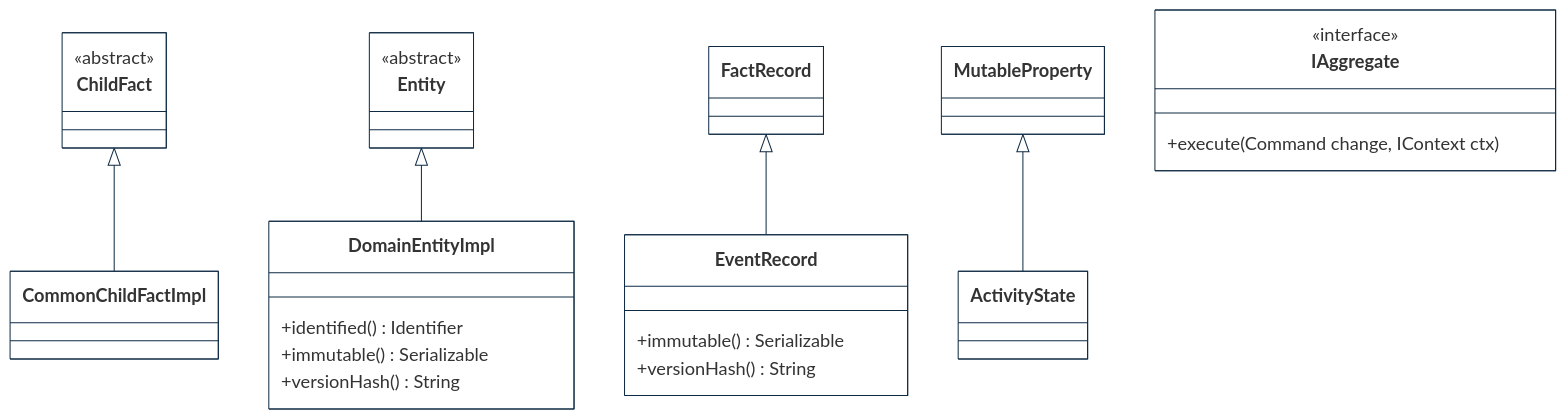
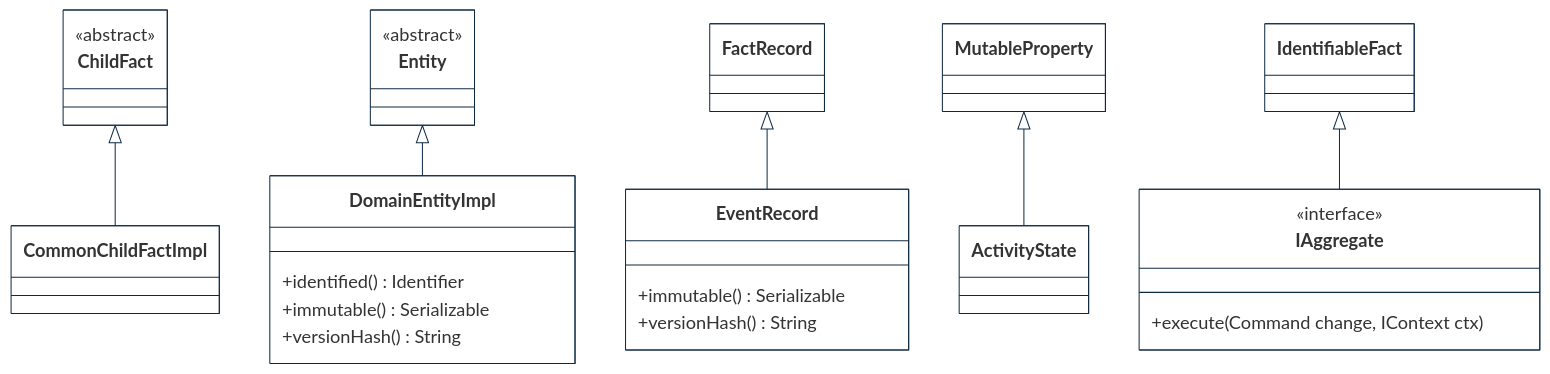
One commit to cybnity/foundation changed the second of 5 diagrams in implementations-line/framework/domain/designview-packages.md. Above: the diagram before and after it, drawn with Mermaid.

````diff
--- a/implementations-line/framework/domain/designview-packages.md
+++ b/implementations-line/framework/domain/designview-packages.md
@@ -56,45 +55,46 @@
 ```mermaid
 %%{
   init: {
     'theme': 'base',
     'themeVariables': {
         'background': '#ffffff',
         'fontFamily': 'arial',
         'fontSize': '18px',
         'primaryColor': '#fff',
         'primaryBorderColor': '#0e2a43',
         'secondaryBorderColor': '#0e2a43',
         'tertiaryBorderColor': '#0e2a43',
         'edgeLabelBackground':'#0e2a43',
         'lineColor': '#0e2a43',
         'tertiaryColor': '#fff'
     }
   }
 }%%
 classDiagram
     ChildFact <|-- CommonChildFactImpl
     Entity <|-- DomainEntityImpl
     FactRecord <|-- EventRecord
     MutableProperty <|-- ActivityState
+    IdentifiableFact <|-- IAggregate
 
     class IAggregate {
         <<interface>>
         +execute(Command change, IContext ctx)
     }
     class Entity {
         <<abstract>>
     }
     class DomainEntityImpl {
         +identified() Identifier
         +immutable() Serializable
         +versionHash() String
     }
     class ChildFact {
         <<abstract>>
     }
     class EventRecord {
         +immutable() Serializable
         +versionHash() String
     }
 
 ```
````
